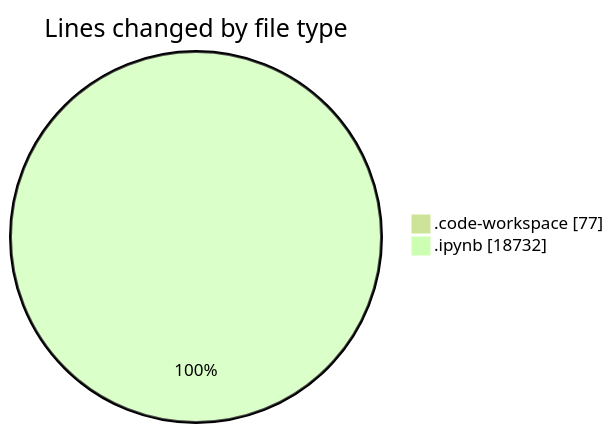
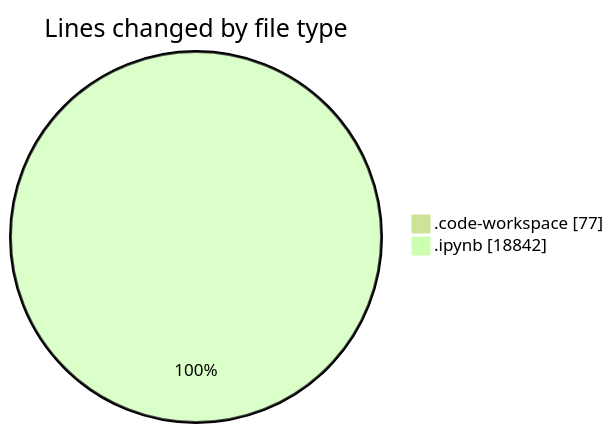
Before and after one commit to MatusMokan/code-tracking: the first of 2 diagrams in 2025-03-14/myws__workspace_/README.md, drawn with Mermaid (forest theme). The commit also changed other lines of this file and 1 other file, not shown here.

````diff
--- a/2025-03-14/myws__workspace_/README.md
+++ b/2025-03-14/myws__workspace_/README.md
@@ -22,6 +22,6 @@
 ```mermaid
 pie showData
 title Lines changed by file type
 ".code-workspace" : 77
-".ipynb" : 18732
+".ipynb" : 18842
 ```
````
